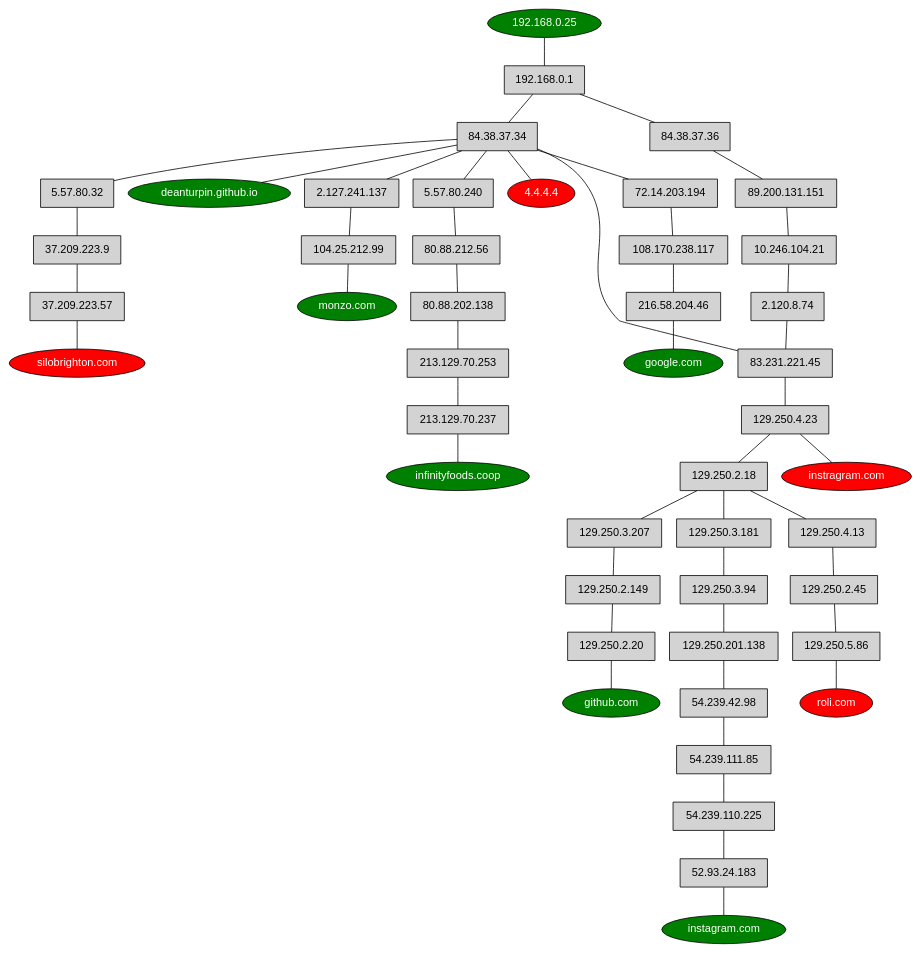
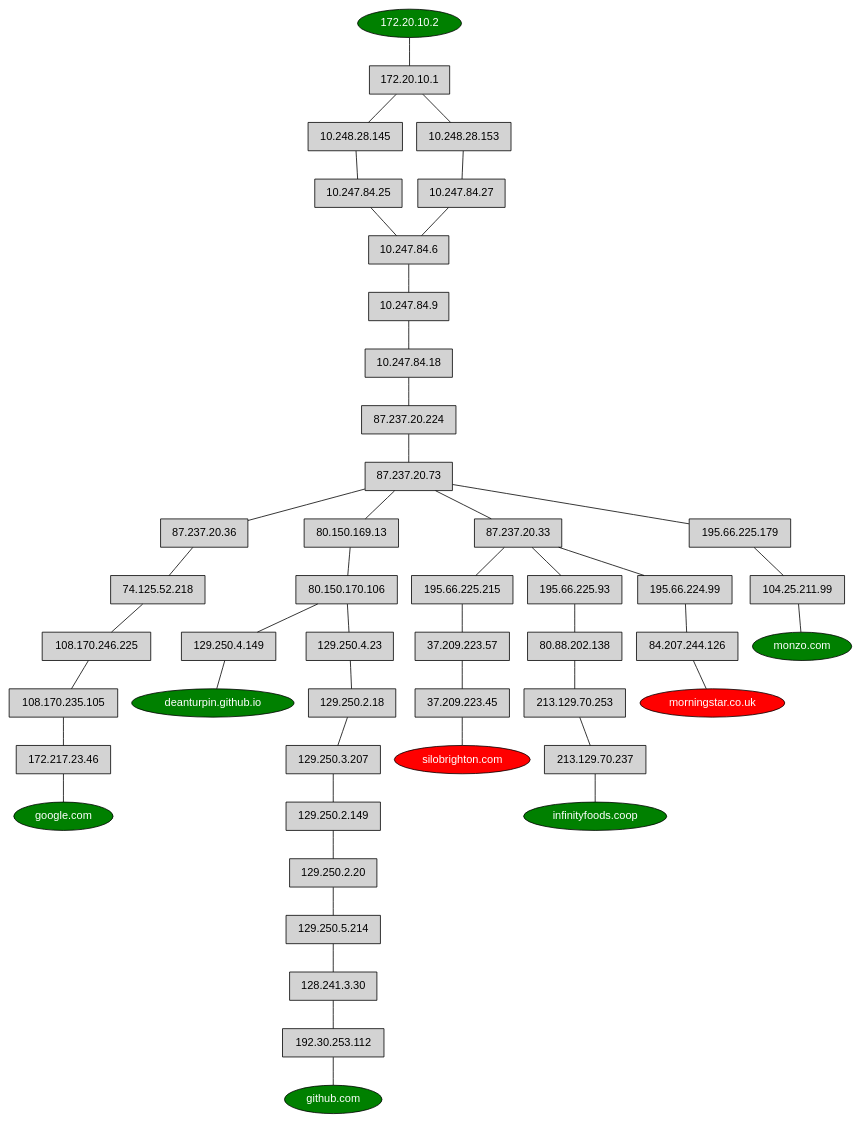
The diagram in example.dot (deanturpin/hosts2dot), drawn with Graphviz before and after one commit. The commit also changed 3 other files, not shown here.

```diff
--- a/example.dot
+++ b/example.dot
@@ -1,26 +1,20 @@
 strict graph {
 
   node [shape=rectangle style=filled fontname=helvetica]
-  "soy yo" [label="192.168.0.25" fillcolor=green shape=oval fontcolor=white]
+  "soy yo" [label="172.20.10.2" fillcolor=green shape=oval fontcolor=white]
 
   "google.com" [fillcolor=green shape=oval fontcolor=white]
   "deanturpin.github.io" [fillcolor=green shape=oval fontcolor=white]
   "github.com" [fillcolor=green shape=oval fontcolor=white]
   "silobrighton.com" [fillcolor=red shape=oval fontcolor=white]
-  "instagram.com" [fillcolor=green shape=oval fontcolor=white]
   "monzo.com" [fillcolor=green shape=oval fontcolor=white]
   "infinityfoods.coop" [fillcolor=green shape=oval fontcolor=white]
-  "roli.com" [fillcolor=red shape=oval fontcolor=white]
-  "4.4.4.4" [fillcolor=red shape=oval fontcolor=white]
-  "instragram.com" [fillcolor=red shape=oval fontcolor=white]
-  "soy yo"--"192.168.0.1"--"84.38.37.34"--"72.14.203.194"--"108.170.238.117"--"216.58.204.46"--"google.com"
-  "soy yo"--"192.168.0.1"--"84.38.37.34"--"deanturpin.github.io"
-  "soy yo"--"192.168.0.1"--"84.38.37.34"--"83.231.221.45"--"129.250.4.23"--"129.250.2.18"--"129.250.3.207"--"129.250.2.149"--"129.250.2.20"--"github.com"
-  "soy yo"--"192.168.0.1"--"84.38.37.34"--"5.57.80.32"--"37.209.223.9"--"37.209.223.57"--"silobrighton.com"
-  "soy yo"--"192.168.0.1"--"84.38.37.34"--"83.231.221.45"--"129.250.4.23"--"129.250.2.18"--"129.250.3.181"--"129.250.3.94"--"129.250.201.138"--"54.239.42.98"--"54.239.111.85"--"54.239.110.225"--"52.93.24.183"--"instagram.com"
-  "soy yo"--"192.168.0.1"--"84.38.37.34"--"2.127.241.137"--"104.25.212.99"--"monzo.com"
-  "soy yo"--"192.168.0.1"--"84.38.37.34"--"5.57.80.240"--"80.88.212.56"--"80.88.202.138"--"213.129.70.253"--"213.129.70.237"--"infinityfoods.coop"
-  "soy yo"--"192.168.0.1"--"84.38.37.34"--"83.231.221.45"--"129.250.4.23"--"129.250.2.18"--"129.250.4.13"--"129.250.2.45"--"129.250.5.86"--"roli.com"
-  "soy yo"--"192.168.0.1"--"84.38.37.34"--"4.4.4.4"
-  "soy yo"--"192.168.0.1"--"84.38.37.36"--"89.200.131.151"--"10.246.104.21"--"2.120.8.74"--"83.231.221.45"--"129.250.4.23"--"instragram.com"
+  "morningstar.co.uk" [fillcolor=red shape=oval fontcolor=white]
+  "soy yo"--"172.20.10.1"--"10.248.28.145"--"10.247.84.25"--"10.247.84.6"--"10.247.84.9"--"10.247.84.18"--"87.237.20.224"--"87.237.20.73"--"87.237.20.36"--"74.125.52.218"--"108.170.246.225"--"108.170.235.105"--"172.217.23.46"--"google.com"
+  "soy yo"--"172.20.10.1"--"10.248.28.153"--"10.247.84.27"--"10.247.84.6"--"10.247.84.9"--"10.247.84.18"--"87.237.20.224"--"87.237.20.73"--"80.150.169.13"--"80.150.170.106"--"129.250.4.149"--"deanturpin.github.io"
+  "soy yo"--"172.20.10.1"--"10.248.28.145"--"10.247.84.25"--"10.247.84.6"--"10.247.84.9"--"10.247.84.18"--"87.237.20.224"--"87.237.20.73"--"80.150.169.13"--"80.150.170.106"--"129.250.4.23"--"129.250.2.18"--"129.250.3.207"--"129.250.2.149"--"129.250.2.20"--"129.250.5.214"--"128.241.3.30"--"192.30.253.112"--"github.com"
+  "soy yo"--"172.20.10.1"--"10.248.28.145"--"10.247.84.25"--"10.247.84.6"--"10.247.84.9"--"10.247.84.18"--"87.237.20.224"--"87.237.20.73"--"87.237.20.33"--"195.66.225.215"--"37.209.223.57"--"37.209.223.45"--"silobrighton.com"
+  "soy yo"--"172.20.10.1"--"10.248.28.153"--"10.247.84.27"--"10.247.84.6"--"10.247.84.9"--"10.247.84.18"--"87.237.20.224"--"87.237.20.73"--"195.66.225.179"--"104.25.211.99"--"monzo.com"
+  "soy yo"--"172.20.10.1"--"10.248.28.145"--"10.247.84.25"--"10.247.84.6"--"10.247.84.9"--"10.247.84.18"--"87.237.20.224"--"87.237.20.73"--"87.237.20.33"--"195.66.225.93"--"80.88.202.138"--"213.129.70.253"--"213.129.70.237"--"infinityfoods.coop"
+  "soy yo"--"172.20.10.1"--"10.248.28.153"--"10.247.84.27"--"10.247.84.6"--"10.247.84.9"--"10.247.84.18"--"87.237.20.224"--"87.237.20.73"--"87.237.20.33"--"195.66.224.99"--"84.207.244.126"--"morningstar.co.uk"
 }
```
